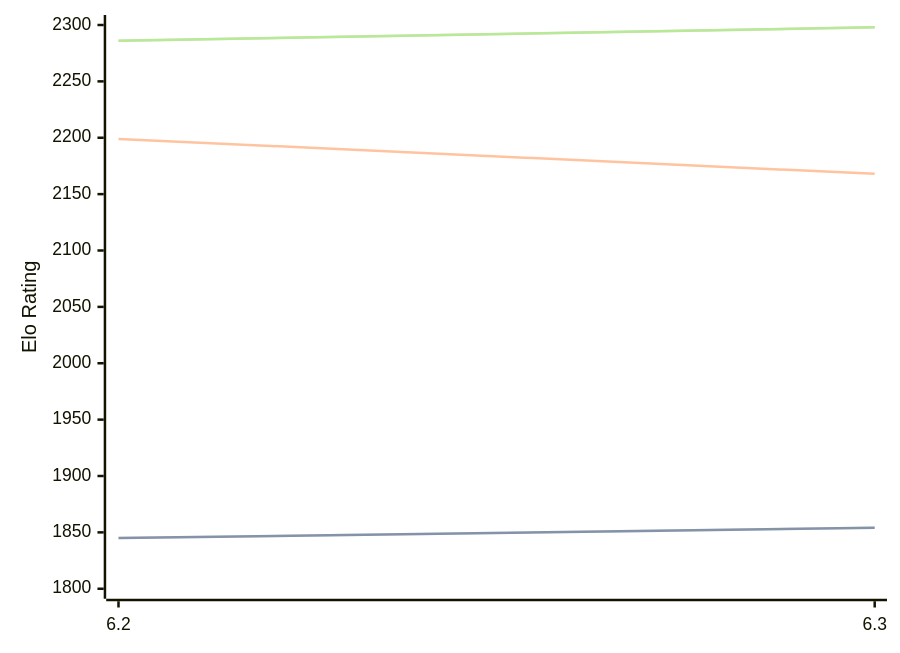
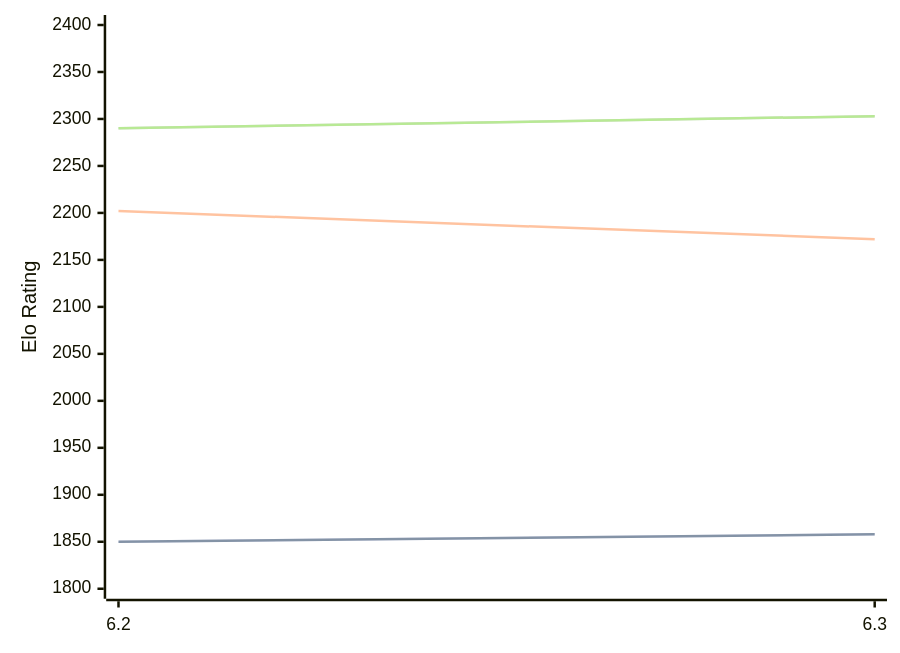
One commit to computer-chess-index/cci changed the diagram in engines/chess4j.md. Above: the diagram before and after it, drawn with Mermaid. The commit also changed other lines of this file, not shown here.

Commit message:
Update CCI Ratings (ELO VLTC) - 2026-08-18

````diff
--- a/engines/chess4j.md
+++ b/engines/chess4j.md
@@ -32,11 +32,11 @@
 ```mermaid
 %%{init: {"theme":"base","themeVariables":{"seriesColors:['#a3a3a3','#222221','#faa371']}}}%%
 xychart-beta
   x-axis ["6.2", "6.3"]
-  y-axis "Elo Rating" 1800 --> 2300
-  line "STC (8.0+0.08s)" [1845, 1854]
-  line "STC (8.0+0.08s)" [1845, 1854]
-  line "LTC (60.0+0.60s)" [2199, 2168]
-  line "VLTC (2m24s+1.12s)" [2286, 2298]
-  line "VLTC (2m24s+1.12s)" [2286, 2298]
+  y-axis "Elo Rating" 1800 --> 2400
+  line "STC (8.0+0.08s)" [1850, 1858]
+  line "STC (8.0+0.08s)" [1850, 1858]
+  line "LTC (60.0+0.60s)" [2202, 2172]
+  line "VLTC (2m24s+1.12s)" [2290, 2303]
+  line "VLTC (2m24s+1.12s)" [2290, 2303]
 ```
````
